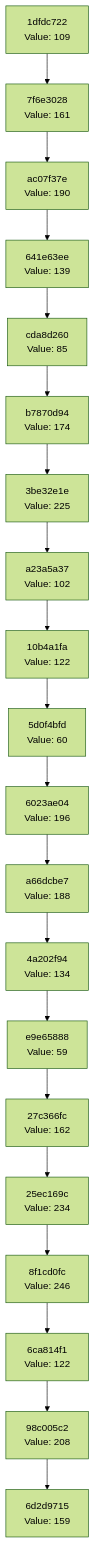
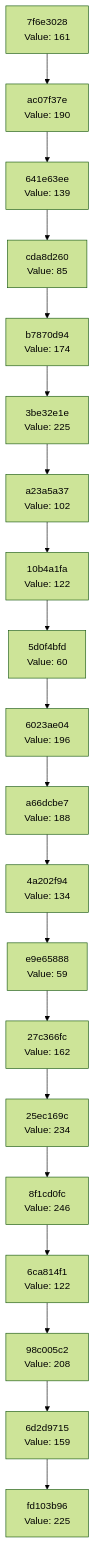
The diagram in docs/CHAIN_VISUALIZATION.md (Abhisheksinha1506/hash-chain-evolver), drawn with Mermaid (forest theme) before and after one commit. The commit also changed 1 other file, not shown here.

Commit message:
Evolution Step

````diff
--- a/docs/CHAIN_VISUALIZATION.md
+++ b/docs/CHAIN_VISUALIZATION.md
@@ -3,42 +3,42 @@
 ```mermaid
 graph TD
-    C0["6d2d9715<br/>Value: 159"]
-    C1["98c005c2<br/>Value: 208"]
+    C0["fd103b96<br/>Value: 225"]
+    C1["6d2d9715<br/>Value: 159"]
     C1 --> C0
-    C2["6ca814f1<br/>Value: 122"]
+    C2["98c005c2<br/>Value: 208"]
     C2 --> C1
-    C3["8f1cd0fc<br/>Value: 246"]
+    C3["6ca814f1<br/>Value: 122"]
     C3 --> C2
-    C4["25ec169c<br/>Value: 234"]
+    C4["8f1cd0fc<br/>Value: 246"]
     C4 --> C3
-    C5["27c366fc<br/>Value: 162"]
+    C5["25ec169c<br/>Value: 234"]
     C5 --> C4
-    C6["e9e65888<br/>Value: 59"]
+    C6["27c366fc<br/>Value: 162"]
     C6 --> C5
-    C7["4a202f94<br/>Value: 134"]
+    C7["e9e65888<br/>Value: 59"]
     C7 --> C6
-    C8["a66dcbe7<br/>Value: 188"]
+    C8["4a202f94<br/>Value: 134"]
     C8 --> C7
-    C9["6023ae04<br/>Value: 196"]
+    C9["a66dcbe7<br/>Value: 188"]
     C9 --> C8
-    C10["5d0f4bfd<br/>Value: 60"]
+    C10["6023ae04<br/>Value: 196"]
     C10 --> C9
-    C11["10b4a1fa<br/>Value: 122"]
+    C11["5d0f4bfd<br/>Value: 60"]
     C11 --> C10
-    C12["a23a5a37<br/>Value: 102"]
+    C12["10b4a1fa<br/>Value: 122"]
     C12 --> C11
-    C13["3be32e1e<br/>Value: 225"]
+    C13["a23a5a37<br/>Value: 102"]
     C13 --> C12
-    C14["b7870d94<br/>Value: 174"]
+    C14["3be32e1e<br/>Value: 225"]
     C14 --> C13
-    C15["cda8d260<br/>Value: 85"]
+    C15["b7870d94<br/>Value: 174"]
     C15 --> C14
-    C16["641e63ee<br/>Value: 139"]
+    C16["cda8d260<br/>Value: 85"]
     C16 --> C15
-    C17["ac07f37e<br/>Value: 190"]
+    C17["641e63ee<br/>Value: 139"]
     C17 --> C16
-    C18["7f6e3028<br/>Value: 161"]
+    C18["ac07f37e<br/>Value: 190"]
     C18 --> C17
-    C19["1dfdc722<br/>Value: 109"]
+    C19["7f6e3028<br/>Value: 161"]
     C19 --> C18
 ```
````
